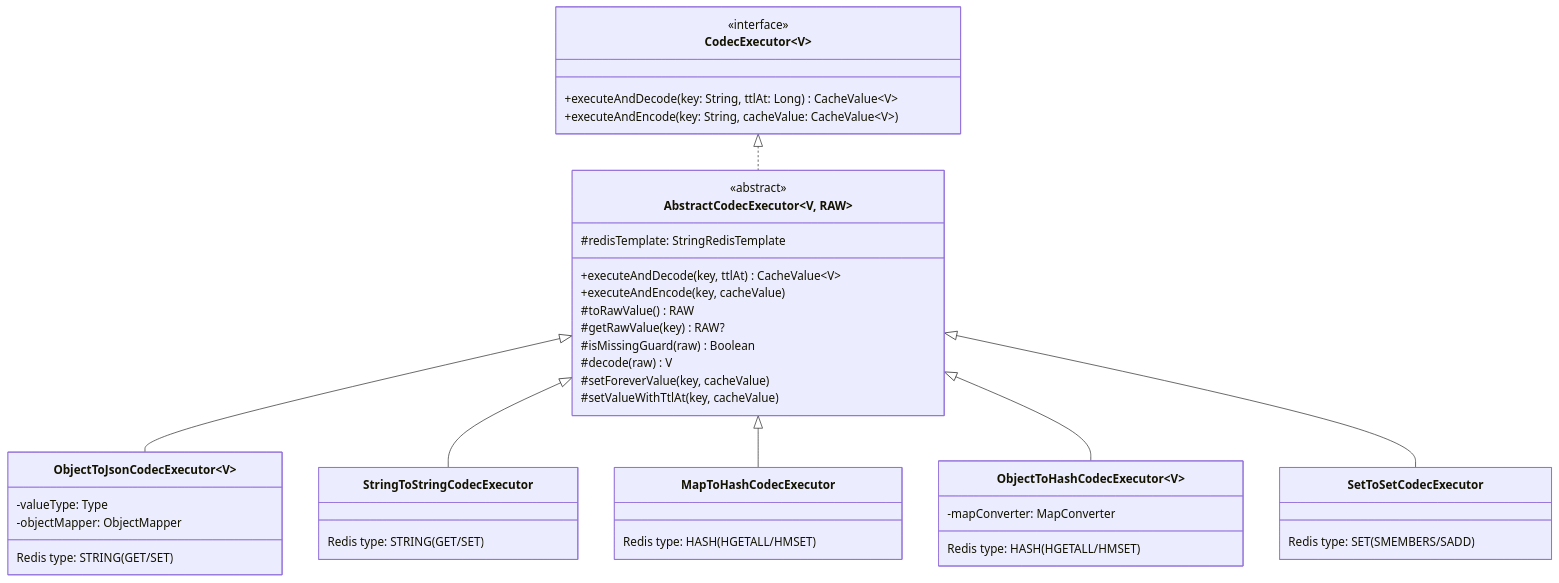
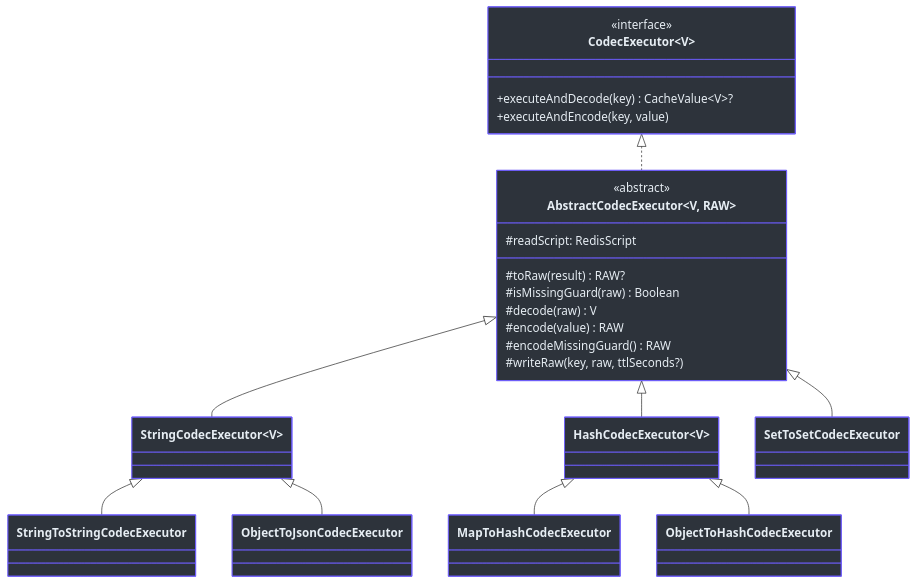
The third of 3 diagrams in wiki/modules/cocache-spring-redis.md (Ahoo-Wang/CoCache), drawn with Mermaid before and after one commit. The commit also changed other lines of this file and 256 other files, not shown here.

````diff
--- a/wiki/modules/cocache-spring-redis.md
+++ b/wiki/modules/cocache-spring-redis.md
@@ -188,51 +93,38 @@
 ```mermaid
 classDiagram
     class CodecExecutor~V~ {
         <<interface>>
-        +executeAndDecode(key: String, ttlAt: Long) CacheValue~V~
-        +executeAndEncode(key: String, cacheValue: CacheValue~V~)
+        +executeAndDecode(key) CacheValue~V~?
+        +executeAndEncode(key, value)
     }
-
     class AbstractCodecExecutor~V, RAW~ {
         <<abstract>>
-        #redisTemplate: StringRedisTemplate
-        +executeAndDecode(key, ttlAt) CacheValue~V~
-        +executeAndEncode(key, cacheValue)
-        #toRawValue() RAW
-        #getRawValue(key) RAW?
+        #readScript: RedisScript
+        #toRaw(result) RAW?
         #isMissingGuard(raw) Boolean
         #decode(raw) V
-        #setForeverValue(key, cacheValue)
-        #setValueWithTtlAt(key, cacheValue)
+        #encode(value) RAW
+        #encodeMissingGuard() RAW
+        #writeRaw(key, raw, ttlSeconds?)
     }
+    class StringCodecExecutor~V~
+    class HashCodecExecutor~V~
+    CodecExecutor <|.. AbstractCodecExecutor
+    AbstractCodecExecutor <|-- StringCodecExecutor
+    AbstractCodecExecutor <|-- HashCodecExecutor
+    AbstractCodecExecutor <|-- SetToSetCodecExecutor
+    StringCodecExecutor <|-- StringToStringCodecExecutor
+    StringCodecExecutor <|-- ObjectToJsonCodecExecutor
+    HashCodecExecutor <|-- MapToHashCodecExecutor
+    HashCodecExecutor <|-- ObjectToHashCodecExecutor
 
-    class ObjectToJsonCodecExecutor~V~ {
-        -valueType: Type
-        -objectMapper: ObjectMapper
-        Redis type: STRING (GET/SET)
-    }
-
-    class StringToStringCodecExecutor {
-        Redis type: STRING (GET/SET)
-    }
-
-    class MapToHashCodecExecutor {
-        Redis type: HASH (HGETALL/HMSET)
-    }
-
-    class ObjectToHashCodecExecutor~V~ {
-        -mapConverter: MapConverter
-        Redis type: HASH (HGETALL/HMSET)
-    }
-
-    class SetToSetCodecExecutor {
-        Redis type: SET (SMEMBERS/SADD)
-    }
-
-    CodecExecutor <|.. AbstractCodecExecutor
-    AbstractCodecExecutor <|-- ObjectToJsonCodecExecutor
-    AbstractCodecExecutor <|-- StringToStringCodecExecutor
-    AbstractCodecExecutor <|-- MapToHashCodecExecutor
-    AbstractCodecExecutor <|-- ObjectToHashCodecExecutor
-    AbstractCodecExecutor <|-- SetToSetCodecExecutor
+    style CodecExecutor fill:#2d333b,stroke:#6d5dfc,color:#e6edf3
+    style AbstractCodecExecutor fill:#2d333b,stroke:#6d5dfc,color:#e6edf3
+    style StringCodecExecutor fill:#2d333b,stroke:#6d5dfc,color:#e6edf3
+    style HashCodecExecutor fill:#2d333b,stroke:#6d5dfc,color:#e6edf3
+    style SetToSetCodecExecutor fill:#2d333b,stroke:#6d5dfc,color:#e6edf3
+    style StringToStringCodecExecutor fill:#2d333b,stroke:#6d5dfc,color:#e6edf3
+    style ObjectToJsonCodecExecutor fill:#2d333b,stroke:#6d5dfc,color:#e6edf3
+    style MapToHashCodecExecutor fill:#2d333b,stroke:#6d5dfc,color:#e6edf3
+    style ObjectToHashCodecExecutor fill:#2d333b,stroke:#6d5dfc,color:#e6edf3
 ```
````
